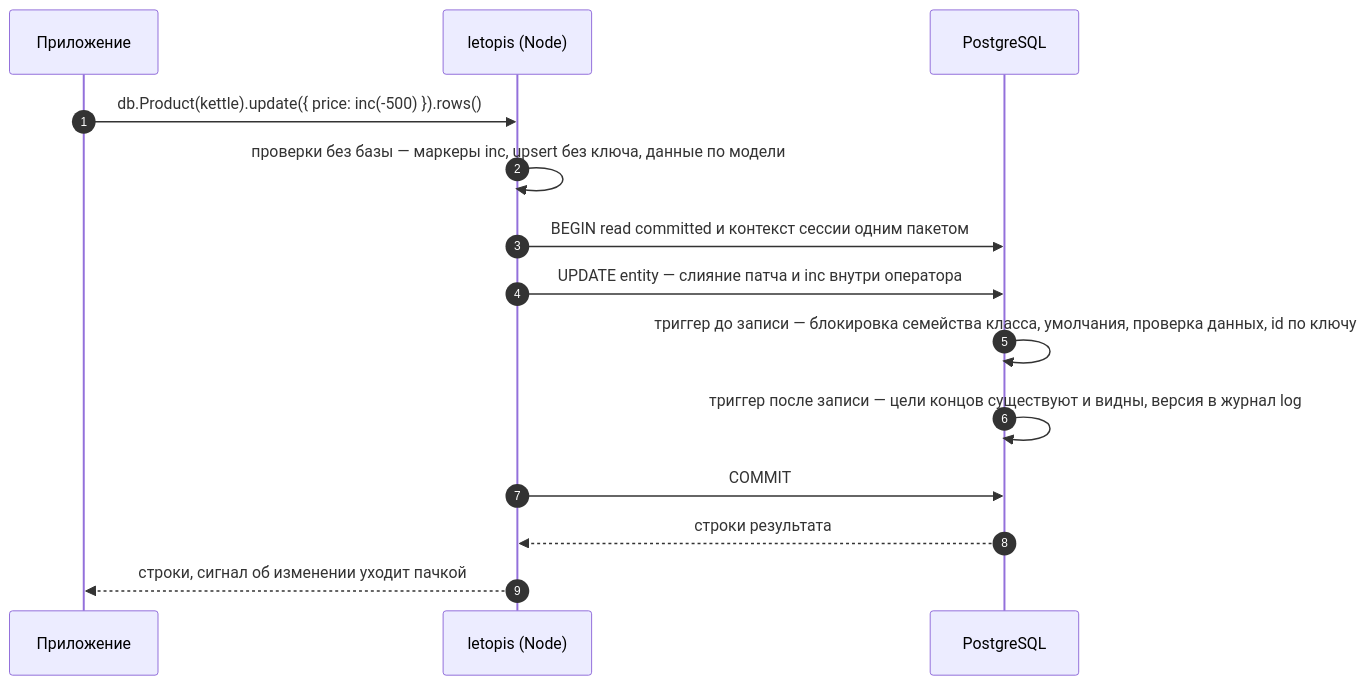
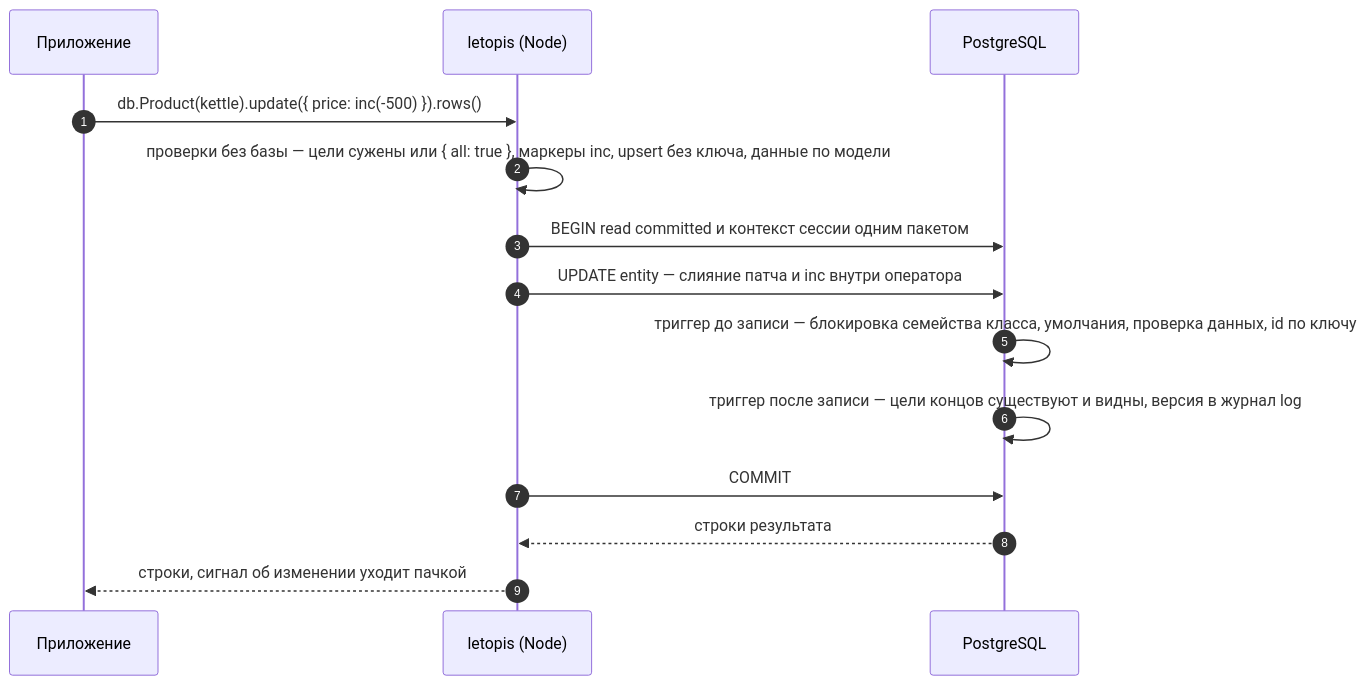
The diagram in guide/pages/write/index.md (alepri51/letopis), drawn with Mermaid before and after one commit. The commit also changed other lines of this file and 25 other files, not shown here.

````diff
--- a/guide/pages/write/index.md
+++ b/guide/pages/write/index.md
@@ -32,16 +34,16 @@
 ```mermaid
 sequenceDiagram
   autonumber
   participant App as Приложение
   participant Lib as letopis (Node)
   participant DB as PostgreSQL
   App->>Lib: db.Product(kettle).update({ price: inc(-500) }).rows()
-  Lib->>Lib: проверки без базы — маркеры inc, upsert без ключа, данные по модели
+  Lib->>Lib: проверки без базы — цели сужены или { all: true }, маркеры inc, upsert без ключа, данные по модели
   Lib->>DB: BEGIN read committed и контекст сессии одним пакетом
   Lib->>DB: UPDATE entity — слияние патча и inc внутри оператора
   DB->>DB: триггер до записи — блокировка семейства класса, умолчания, проверка данных, id по ключу
   DB->>DB: триггер после записи — цели концов существуют и видны, версия в журнал log
   Lib->>DB: COMMIT
   DB-->>Lib: строки результата
   Lib-->>App: строки, сигнал об изменении уходит пачкой
 ```
````
